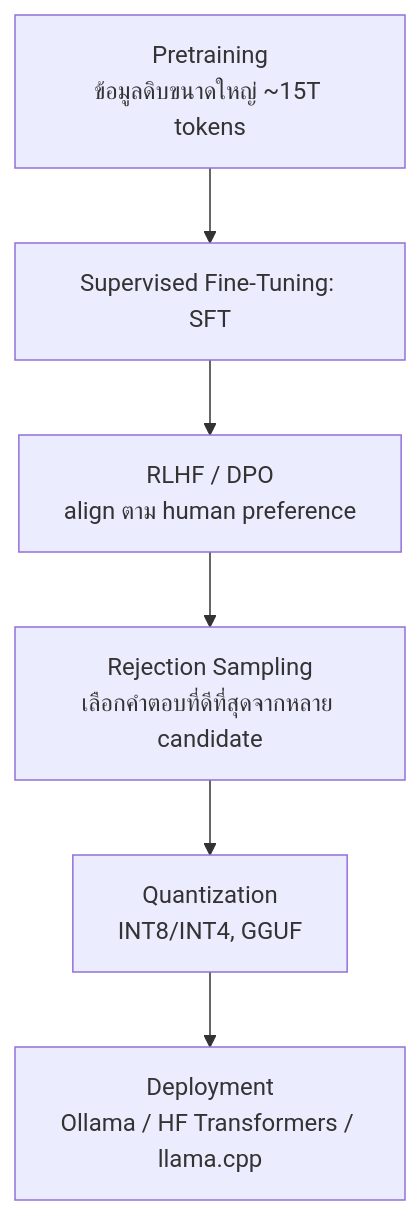
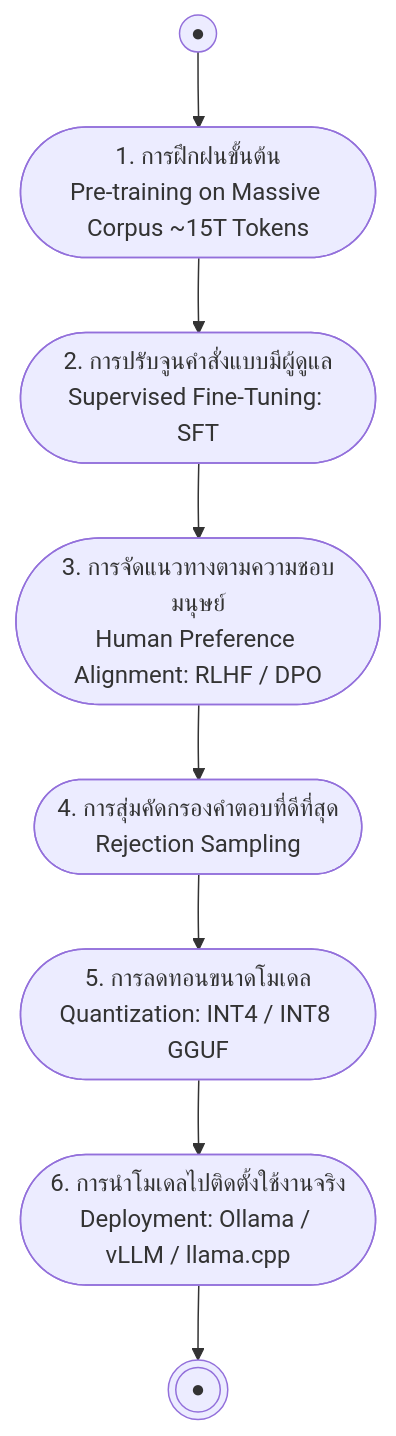
One commit to PhuriphatTyPeZ3r0/Course-1323404-Natural-Language-Processing-2026 changed the diagram in 01_Lectures/Week8/LLMs.md. Above: the diagram before and after it, drawn with Mermaid. The commit also changed 14 other files, not shown here.

Commit message:
refactor: standardize diagrams to UML specifications across notes and templates

````diff
--- a/01_Lectures/Week8/LLMs.md
+++ b/01_Lectures/Week8/LLMs.md
@@ -86,8 +86,10 @@
 ```mermaid
 flowchart TD
-    A[Pretraining\nข้อมูลดิบขนาดใหญ่ ~15T tokens] --> B[Supervised Fine-Tuning: SFT]
-    B --> C[RLHF / DPO\nalign ตาม human preference]
-    C --> D[Rejection Sampling\nเลือกคำตอบที่ดีที่สุดจากหลาย candidate]
-    D --> E[Quantization\nINT8/INT4, GGUF]
-    E --> F[Deployment\nOllama / HF Transformers / llama.cpp]
+    Start((●)) --> Pretrain([1. การฝึกฝนขั้นต้น<br>Pre-training on Massive Corpus ~15T Tokens])
+    Pretrain --> SFT([2. การปรับจูนคำสั่งแบบมีผู้ดูแล<br>Supervised Fine-Tuning: SFT])
+    SFT --> Align([3. การจัดแนวทางตามความชอบมนุษย์<br>Human Preference Alignment: RLHF / DPO])
+    Align --> RejectSample([4. การสุ่มคัดกรองคำตอบที่ดีที่สุด<br>Rejection Sampling])
+    RejectSample --> Quantize([5. การลดทอนขนาดโมเดล<br>Quantization: INT4 / INT8 GGUF])
+    Quantize --> Deploy([6. การนำโมเดลไปติดตั้งใช้งานจริง<br>Deployment: Ollama / vLLM / llama.cpp])
+    Deploy --> EndNode(((●)))
 ```
````
